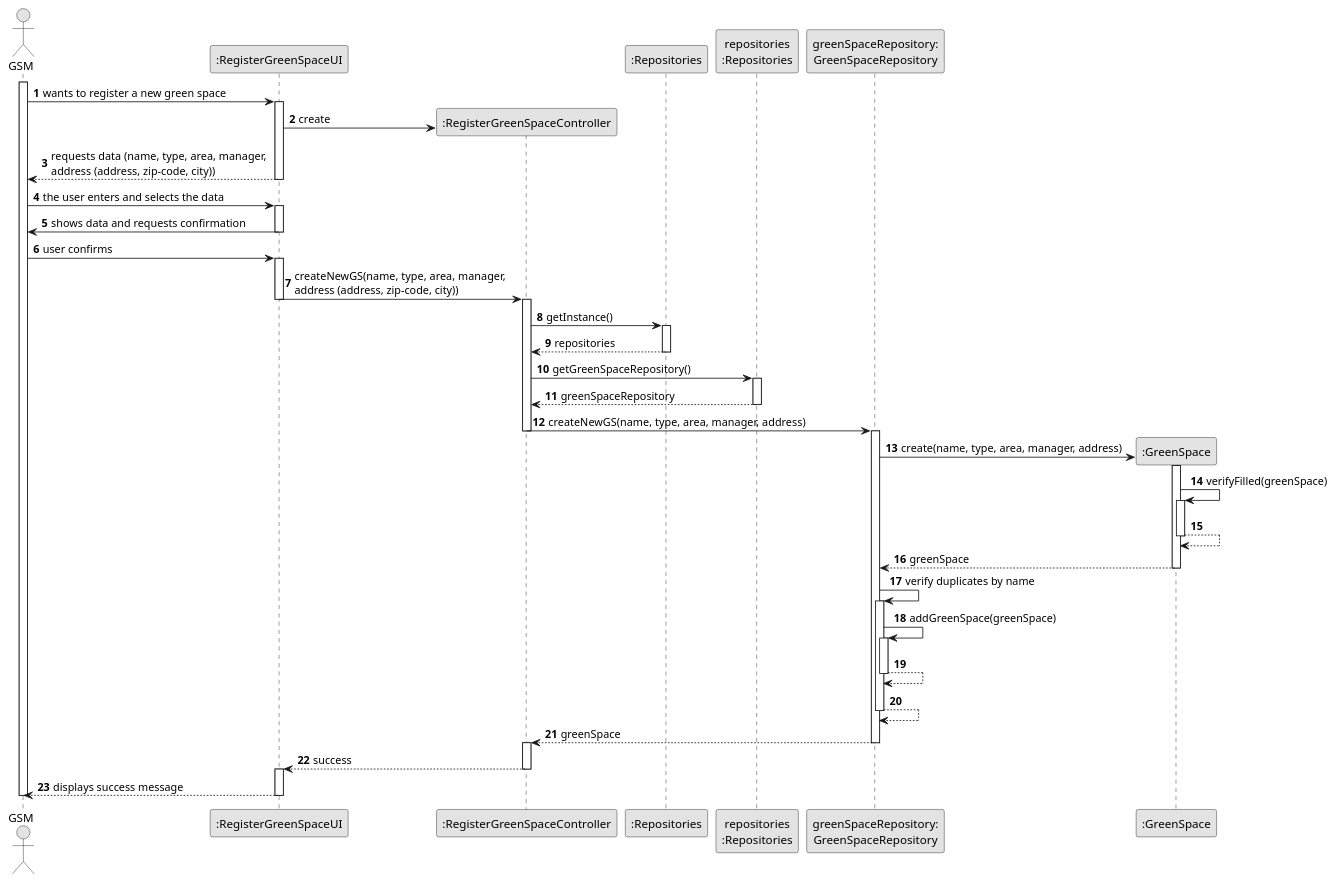
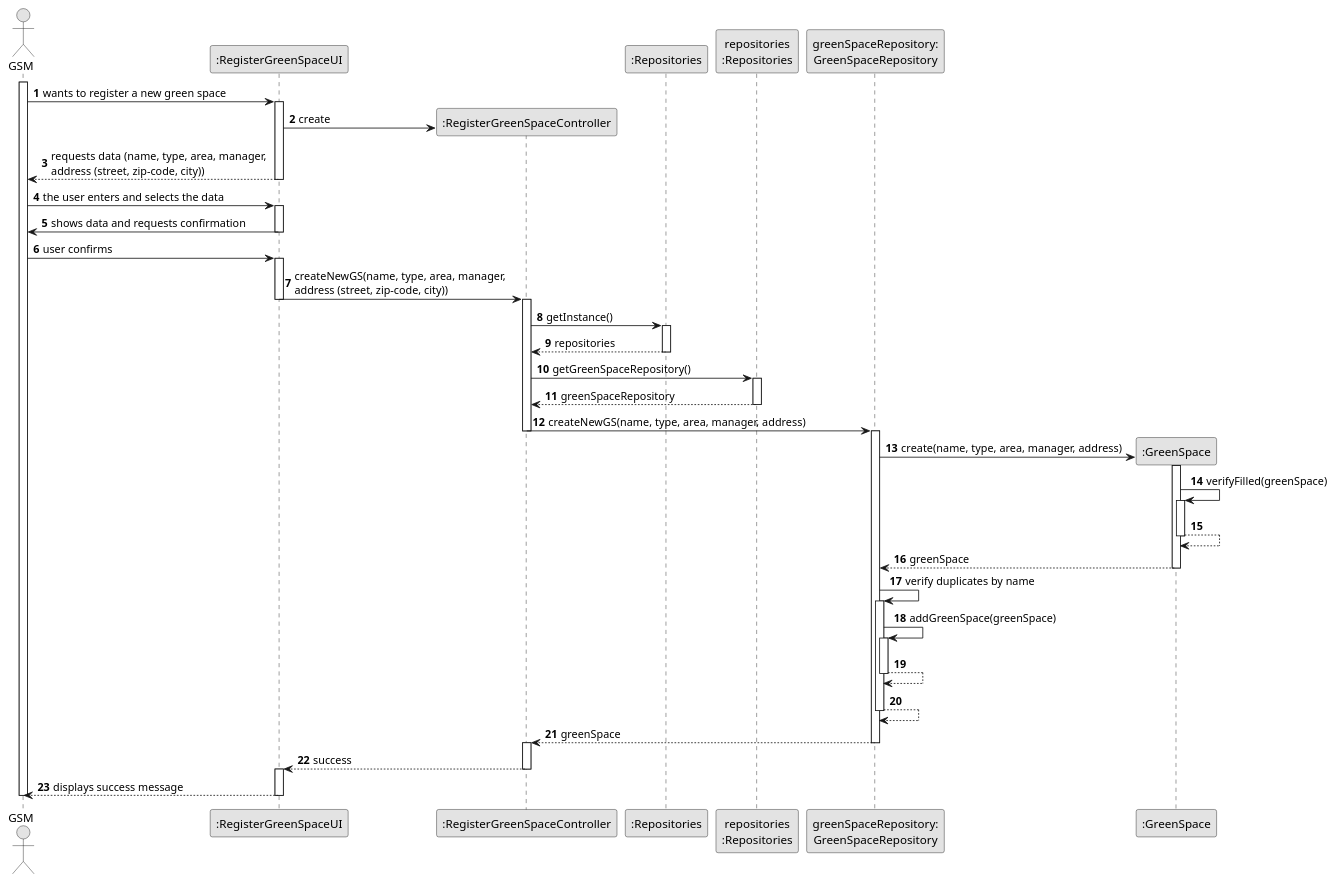
One commit to ricardomm7/leaflink changed the diagram in docs/sprintC/us020/03.design/puml/us020-sequence-diagram-full.puml. Above: the diagram before and after it, drawn with PlantUML. The commit also changed 5 other files, not shown here.

```diff
--- a/docs/sprintC/us020/03.design/puml/us020-sequence-diagram-full.puml
+++ b/docs/sprintC/us020/03.design/puml/us020-sequence-diagram-full.puml
@@ -2,73 +2,73 @@
 @startuml
 skinparam monochrome true
 skinparam packageStyle rectangle
 skinparam shadowing false
 
 'title System Sequence Diagram (SSD) - US020
 
 autonumber
 
 actor "GSM" as GSM
 participant ":RegisterGreenSpaceUI" as UI
 participant ":RegisterGreenSpaceController" as CTRL
 participant ":Repositories" as RepositorySingleton
 participant "repositories\n:Repositories" as PLAT
 participant "greenSpaceRepository:\nGreenSpaceRepository" as gsrepo
 participant ":GreenSpace" as GS
 
 activate GSM
 
     GSM -> UI : wants to register a new green space
     activate UI
 
         UI -> CTRL** : create
 
-        UI --> GSM : requests data (name, type, area, manager, \naddress (address, zip-code, city))
+        UI --> GSM : requests data (name, type, area, manager, \naddress (street, zip-code, city))
         deactivate UI
 GSM -> UI : the user enters and selects the data
 activate UI
 UI-> GSM : shows data and requests confirmation
 deactivate UI
 GSM -> UI: user confirms
 activate UI
-UI -> CTRL : createNewGS(name, type, area, manager, \naddress (address, zip-code, city))
+UI -> CTRL : createNewGS(name, type, area, manager, \naddress (street, zip-code, city))
 deactivate UI
 activate CTRL
 CTRL -> RepositorySingleton : getInstance()
 activate RepositorySingleton
 RepositorySingleton --> CTRL : repositories
 deactivate RepositorySingleton
 CTRL -> PLAT : getGreenSpaceRepository()
 activate PLAT
 PLAT -->  CTRL: greenSpaceRepository
 deactivate PLAT
 CTRL -> gsrepo : createNewGS(name, type, area, manager, address)
 deactivate CTRL
 activate gsrepo
 gsrepo -> GS** : create(name, type, area, manager, address)
 activate GS
 GS -> GS : verifyFilled(greenSpace)
 activate GS
 GS--> GS
 deactivate GS
 GS --> gsrepo : greenSpace
 deactivate GS
 gsrepo -> gsrepo : verify duplicates by name
 activate gsrepo
 gsrepo -> gsrepo : addGreenSpace(greenSpace)
 activate gsrepo
 gsrepo-->gsrepo
 deactivate gsrepo
 gsrepo-->gsrepo
 deactivate gsrepo
 gsrepo --> CTRL : greenSpace
 deactivate gsrepo
 activate CTRL
 CTRL --> UI : success
 deactivate CTRL
 activate UI
 UI-->GSM:displays success message
 deactivate UI
 deactivate GSM
 
 @enduml
```
